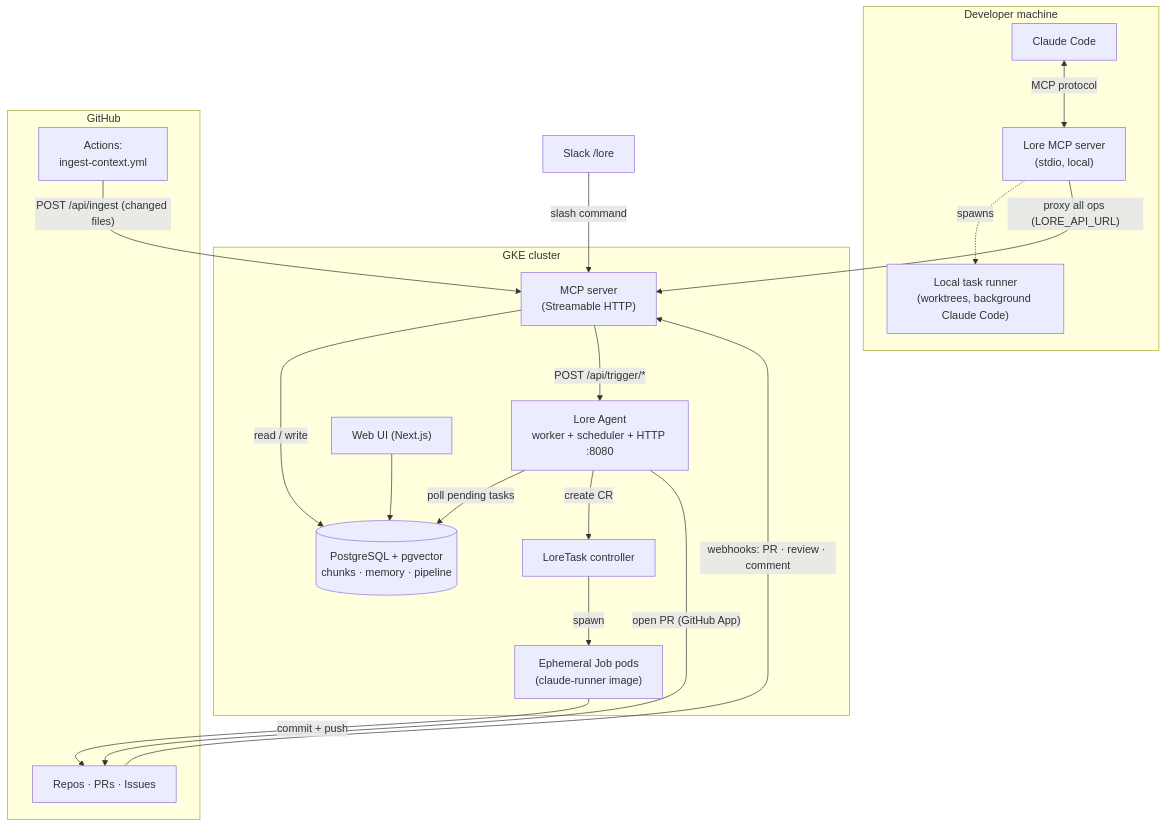
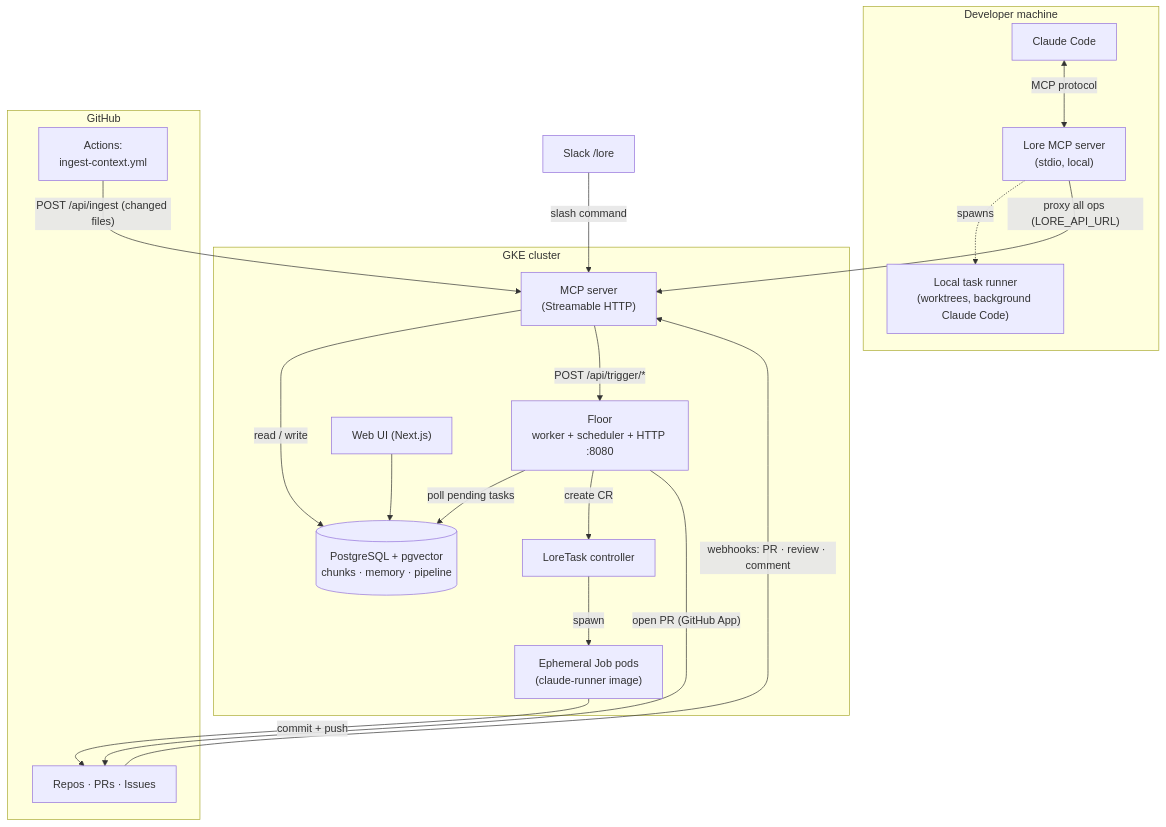
One commit to re-cinq/lore changed the first of 3 diagrams in docs/building-lore/architecture.md. Above: the diagram before and after it, drawn with Mermaid. The commit also changed other lines of this file and 57 other files, not shown here.

````diff
--- a/docs/building-lore/architecture.md
+++ b/docs/building-lore/architecture.md
@@ -15,39 +15,39 @@
 ```mermaid
 flowchart TB
     subgraph local["Developer machine"]
         CC["Claude Code"]
         MCPL["Lore MCP server<br/>(stdio, local)"]
         LR["Local task runner<br/>(worktrees, background Claude Code)"]
         CC <-->|"MCP protocol"| MCPL
         MCPL -.->|"spawns"| LR
     end
 
     subgraph gke["GKE cluster"]
         MCP["MCP server<br/>(Streamable HTTP)"]
-        AGENT["Lore Agent<br/>worker + scheduler + HTTP :8080"]
+        AGENT["Floor<br/>worker + scheduler + HTTP :8080"]
         CTRL["LoreTask controller"]
         POD["Ephemeral Job pods<br/>(claude-runner image)"]
         UI["Web UI (Next.js)"]
         DB[("PostgreSQL + pgvector<br/>chunks · memory · pipeline")]
     end
 
     subgraph github["GitHub"]
         GH["Repos · PRs · Issues"]
         GHA["Actions:<br/>ingest-context.yml"]
     end
 
     SLACK["Slack /lore"]
 
     MCPL -->|"proxy all ops (LORE_API_URL)"| MCP
     GHA -->|"POST /api/ingest (changed files)"| MCP
     GH -->|"webhooks: PR · review · comment"| MCP
     SLACK -->|"slash command"| MCP
     MCP -->|"read / write"| DB
     MCP -->|"POST /api/trigger/*"| AGENT
     UI --> DB
     AGENT -->|"poll pending tasks"| DB
     AGENT -->|"create CR"| CTRL
     CTRL -->|"spawn"| POD
     POD -->|"commit + push"| GH
     AGENT -->|"open PR (GitHub App)"| GH
 ```
````
